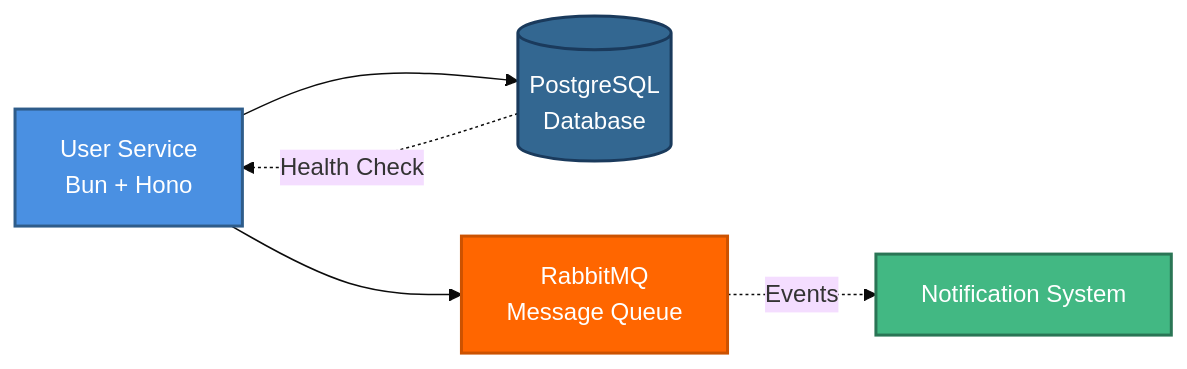
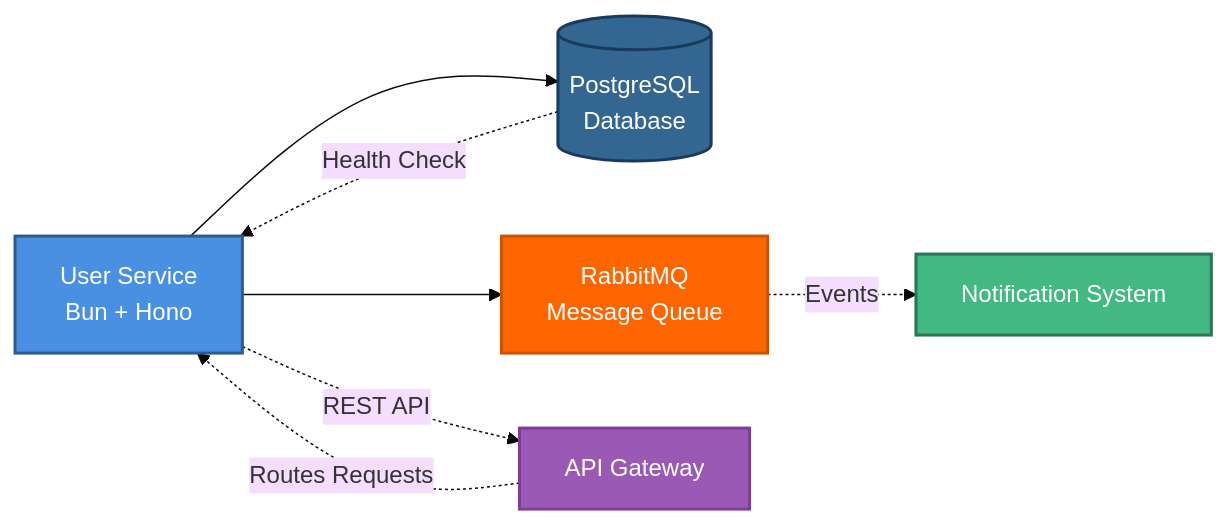
Before and after one commit to okerekechinweotito/user-service: the diagram in README.md, drawn with Mermaid (base theme). The commit also changed other lines of this file, not shown here.

Commit message:
docs: update architecture diagram and add API Gateway component

````diff
--- a/README.md
+++ b/README.md
@@ -7,13 +7,16 @@
 ```mermaid
 graph LR
     A[User Service<br/>Bun + Hono] --> B[(PostgreSQL<br/>Database)]
     A --> C[RabbitMQ<br/>Message Queue]
+    A -.->|REST API| E[API Gateway]
     
     B -.->|Health Check| A
     C -.->|Events| D[Notification System]
+    E -.->|Routes Requests| A
     
     style A fill:#4a90e2,stroke:#2e5c8a,stroke-width:2px,color:#fff
     style B fill:#336791,stroke:#1a3a5c,stroke-width:2px,color:#fff
     style C fill:#ff6600,stroke:#cc5200,stroke-width:2px,color:#fff
     style D fill:#42b883,stroke:#2a7555,stroke-width:2px,color:#fff
+    style E fill:#9b59b6,stroke:#7d3c98,stroke-width:2px,color:#fff
 ```
````
